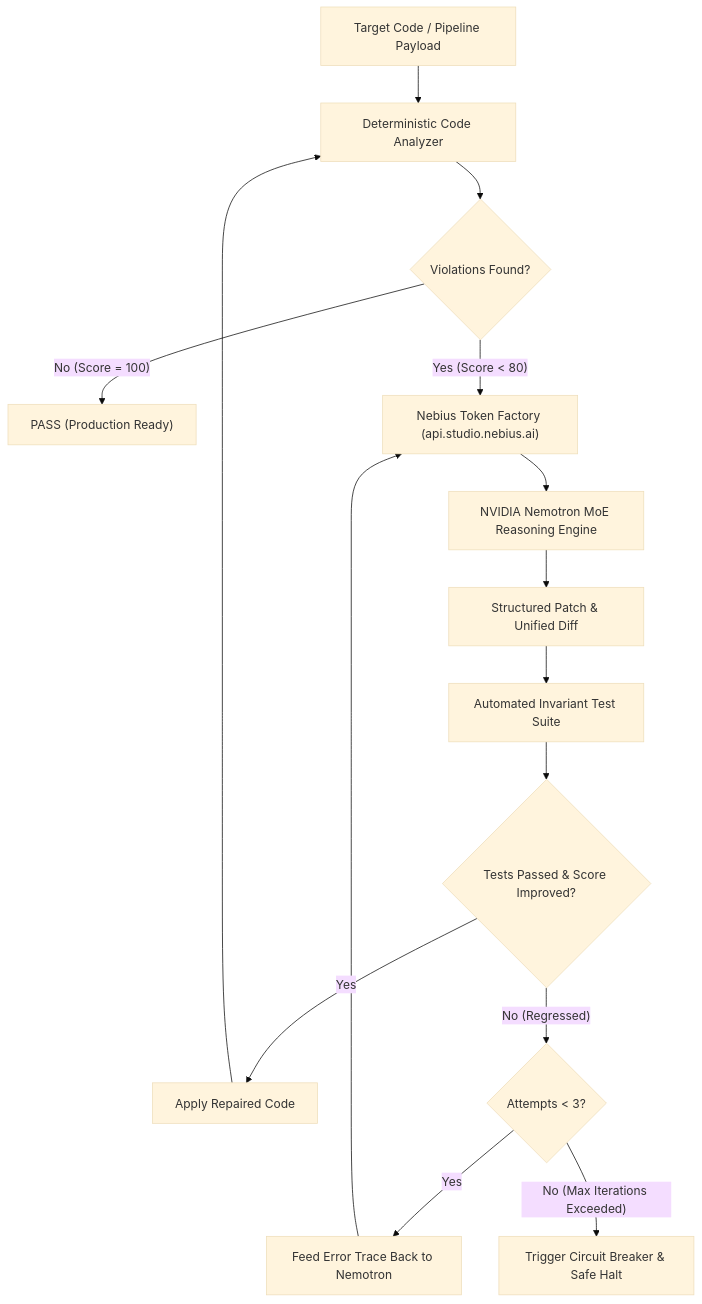
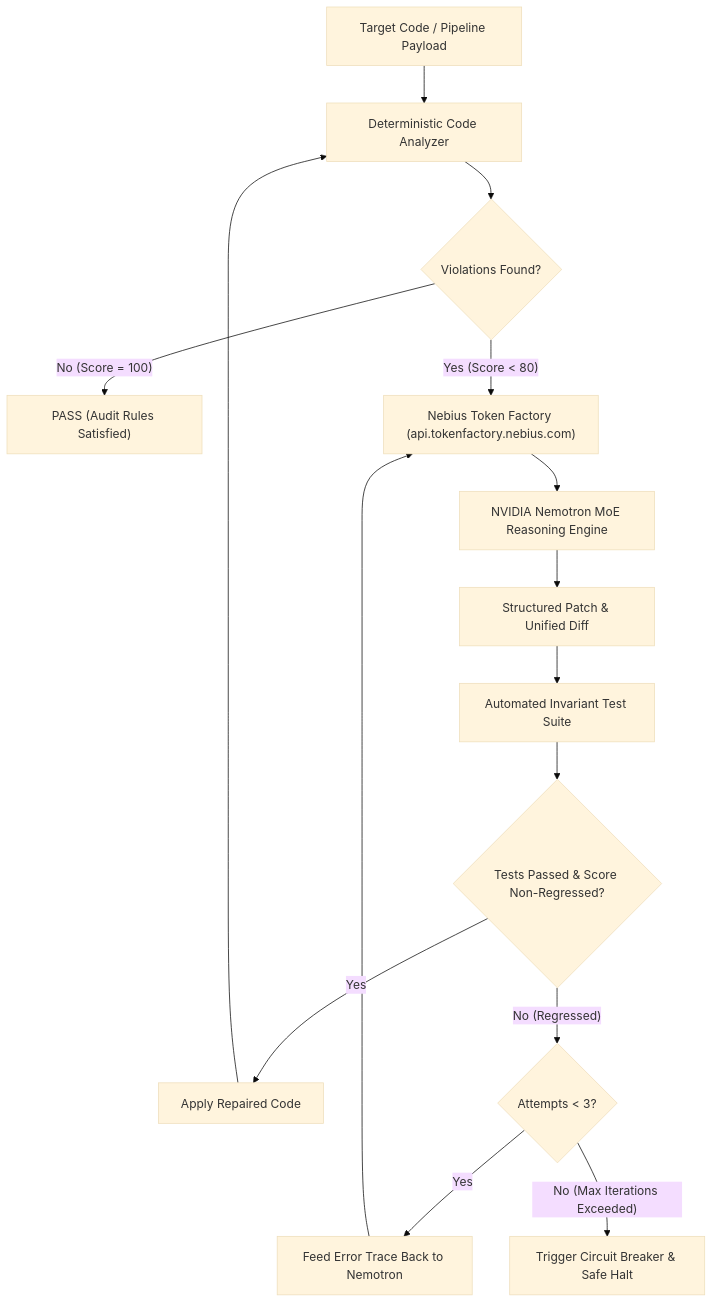
One commit to Robe092/nebius-codesentinel changed the diagram in README.md. Above: the diagram before and after it, drawn with Mermaid (base theme). The commit also changed other lines of this file and 170 other files, not shown here.

````diff
--- a/README.md
+++ b/README.md
@@ -30,17 +35,17 @@
 ```mermaid
 flowchart TD
     A["Target Code / Pipeline Payload"] --> B["Deterministic Code Analyzer"]
     B --> C{"Violations Found?"}
-    C -- "No (Score = 100)" --> D["PASS (Production Ready)"]
-    C -- "Yes (Score < 80)" --> E["Nebius Token Factory (api.studio.nebius.ai)"]
+    C -- "No (Score = 100)" --> D["PASS (Audit Rules Satisfied)"]
+    C -- "Yes (Score < 80)" --> E["Nebius Token Factory (api.tokenfactory.nebius.com)"]
     E --> F["NVIDIA Nemotron MoE Reasoning Engine"]
     F --> G["Structured Patch & Unified Diff"]
     G --> H["Automated Invariant Test Suite"]
-    H --> I{"Tests Passed & Score Improved?"}
+    H --> I{"Tests Passed & Score Non-Regressed?"}
     I -- "Yes" --> J["Apply Repaired Code"]
     J --> B
     I -- "No (Regressed)" --> K{"Attempts < 3?"}
     K -- "Yes" --> L["Feed Error Trace Back to Nemotron"]
     L --> E
     K -- "No (Max Iterations Exceeded)" --> M["Trigger Circuit Breaker & Safe Halt"]
 ```
````
